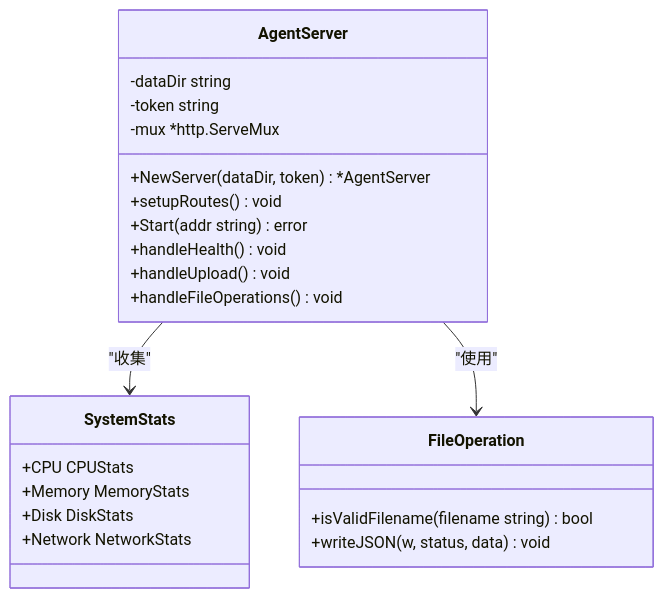
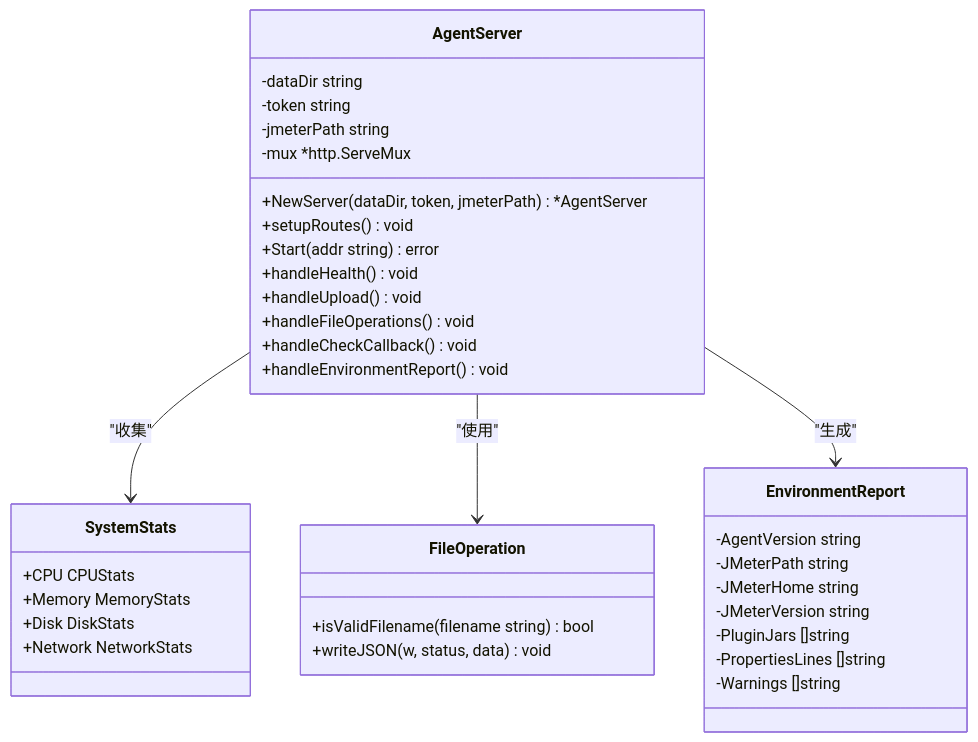
The third of 13 diagrams in .qoder/repowiki/zh/content/核心业务模块/JMeter Agent系统.md (Liyuhao02/Jmeter-Admin), drawn with Mermaid before and after one commit. The commit also changed other lines of this file and 7 other files, not shown here.

First line of the commit message:
docs(agent): 添加 Agent Server 组件文档与架构详解

````diff
--- a/.qoder/repowiki/zh/content/核心业务模块/JMeter Agent系统.md
+++ b/.qoder/repowiki/zh/content/核心业务模块/JMeter Agent系统.md
@@ -149,26 +157,39 @@
 ```mermaid
 classDiagram
 class AgentServer {
 -dataDir string
 -token string
+-jmeterPath string
 -mux *http.ServeMux
-+NewServer(dataDir, token) *AgentServer
++NewServer(dataDir, token, jmeterPath) *AgentServer
 +setupRoutes() void
 +Start(addr string) error
 +handleHealth() void
 +handleUpload() void
 +handleFileOperations() void
++handleCheckCallback() void
++handleEnvironmentReport() void
 }
 class SystemStats {
 +CPU CPUStats
 +Memory MemoryStats
 +Disk DiskStats
 +Network NetworkStats
 }
 class FileOperation {
 +isValidFilename(filename string) bool
 +writeJSON(w, status, data) void
 }
+class EnvironmentReport {
+-AgentVersion string
+-JMeterPath string
+-JMeterHome string
+-JMeterVersion string
+-PluginJars []string
+-PropertiesLines []string
+-Warnings []string
+}
 AgentServer --> SystemStats : "收集"
 AgentServer --> FileOperation : "使用"
+AgentServer --> EnvironmentReport : "生成"
 ```
````
